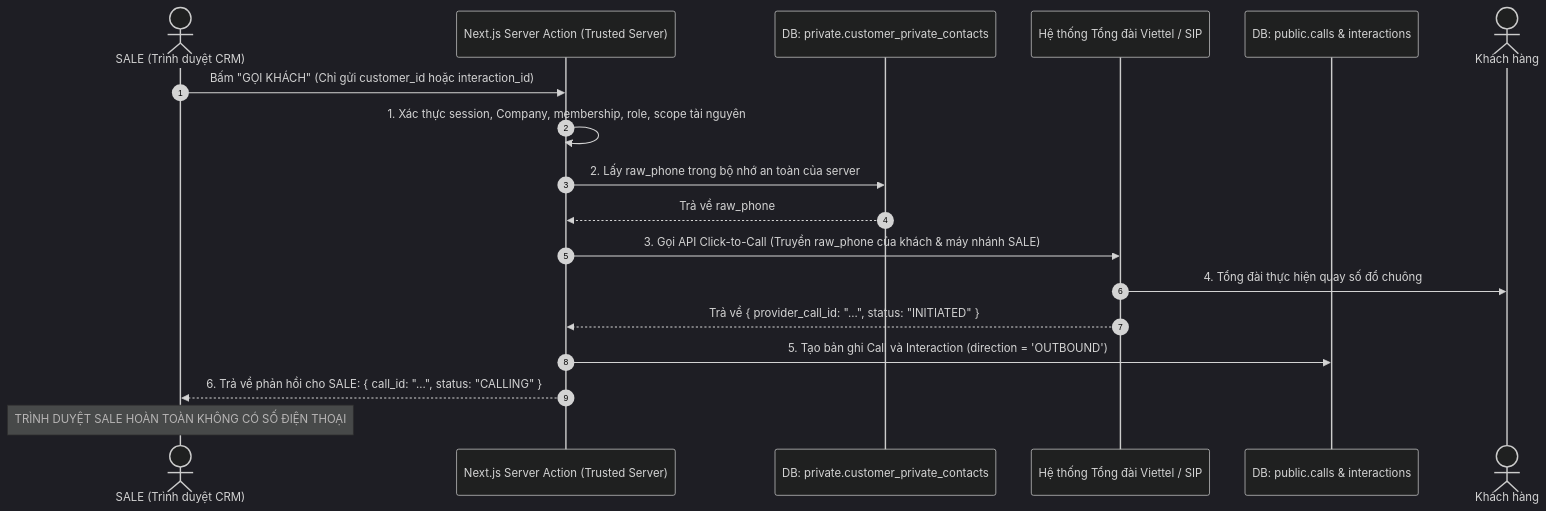
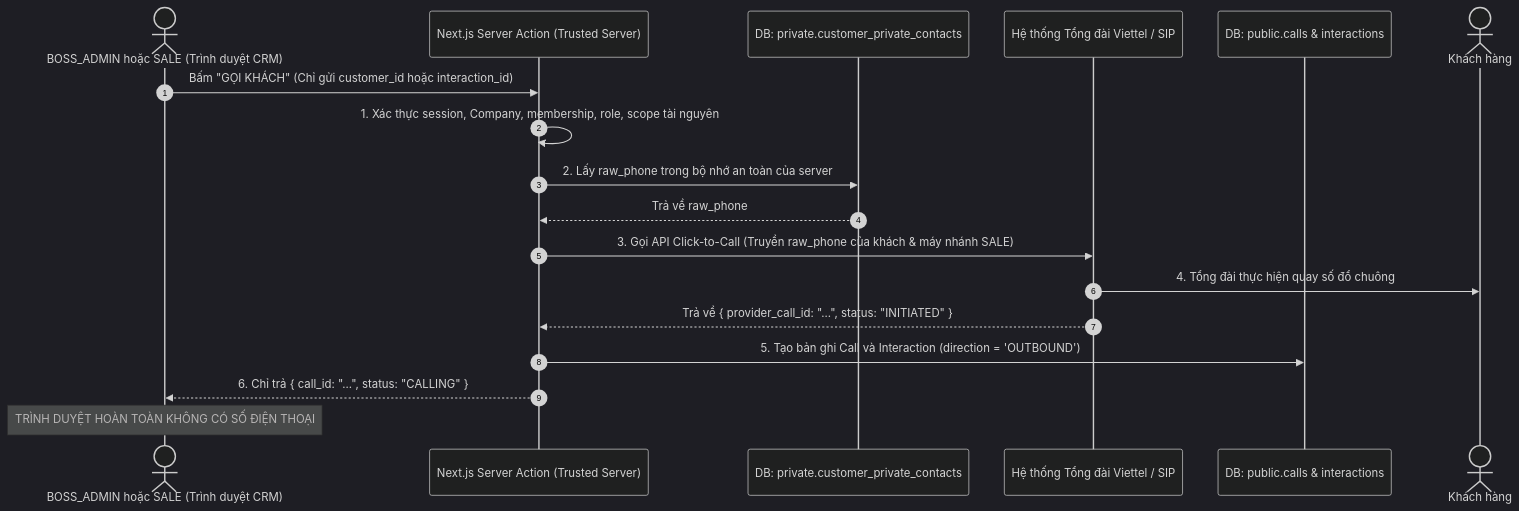
The fourth of 4 diagrams in docs/AUTH_DESIGN.md (hoanganhngo847-a11y/ai-crm-cua-chong-ngap), drawn with Mermaid (dark theme) before and after one commit. The commit also changed other lines of this file and 16 other files, not shown here.

````diff
--- a/docs/AUTH_DESIGN.md
+++ b/docs/AUTH_DESIGN.md
@@ -579,21 +580,21 @@
 ```mermaid
 sequenceDiagram
     autonumber
-    actor Sale as SALE (Trình duyệt CRM)
+    actor Caller as BOSS_ADMIN hoặc SALE (Trình duyệt CRM)
     participant Server as Next.js Server Action (Trusted Server)
     participant PrivateDB as DB: private.customer_private_contacts
     participant PBX as Hệ thống Tổng đài Viettel / SIP
     participant CallsDB as DB: public.calls & interactions
     actor Customer as Khách hàng
 
-    Sale->>Server: Bấm "GỌI KHÁCH" (Chỉ gửi customer_id hoặc interaction_id)
+    Caller->>Server: Bấm "GỌI KHÁCH" (Chỉ gửi customer_id hoặc interaction_id)
     Server->>Server: 1. Xác thực session, Company, membership, role, scope tài nguyên
     Server->>PrivateDB: 2. Lấy raw_phone trong bộ nhớ an toàn của server
     PrivateDB-->>Server: Trả về raw_phone
     Server->>PBX: 3. Gọi API Click-to-Call (Truyền raw_phone của khách & máy nhánh SALE)
     PBX->>Customer: 4. Tổng đài thực hiện quay số đổ chuông
     PBX-->>Server: Trả về { provider_call_id: "...", status: "INITIATED" }
     Server->>CallsDB: 5. Tạo bản ghi Call và Interaction (direction = 'OUTBOUND')
-    Server-->>Sale: 6. Trả về phản hồi cho SALE: { call_id: "...", status: "CALLING" }
-    Note over Sale: TRÌNH DUYỆT SALE HOÀN TOÀN KHÔNG CÓ SỐ ĐIỆN THOẠI
+    Server-->>Caller: 6. Chỉ trả { call_id: "...", status: "CALLING" }
+    Note over Caller: TRÌNH DUYỆT HOÀN TOÀN KHÔNG CÓ SỐ ĐIỆN THOẠI
 ```
````
